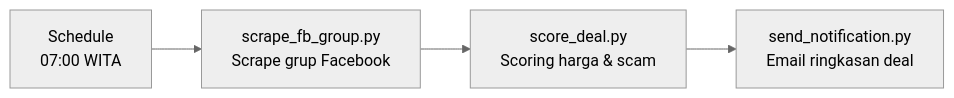
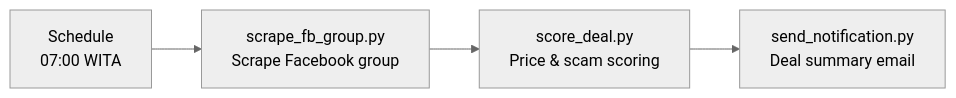
One commit to Agungtrimahmudi-automation/baubau-deal-finder changed the diagram in README.md. Above: the diagram before and after it, drawn with Mermaid (neutral theme). The commit also changed other lines of this file, not shown here.

````diff
--- a/README.md
+++ b/README.md
@@ -29,6 +30,6 @@
 ```mermaid
 flowchart LR
-    A["Schedule<br/>07:00 WITA"] --> B["scrape_fb_group.py<br/>Scrape grup Facebook"]
-    B --> C["score_deal.py<br/>Scoring harga & scam"]
-    C --> D["send_notification.py<br/>Email ringkasan deal"]
+    A["Schedule<br/>07:00 WITA"] --> B["scrape_fb_group.py<br/>Scrape Facebook group"]
+    B --> C["score_deal.py<br/>Price & scam scoring"]
+    C --> D["send_notification.py<br/>Deal summary email"]
 ```
````
